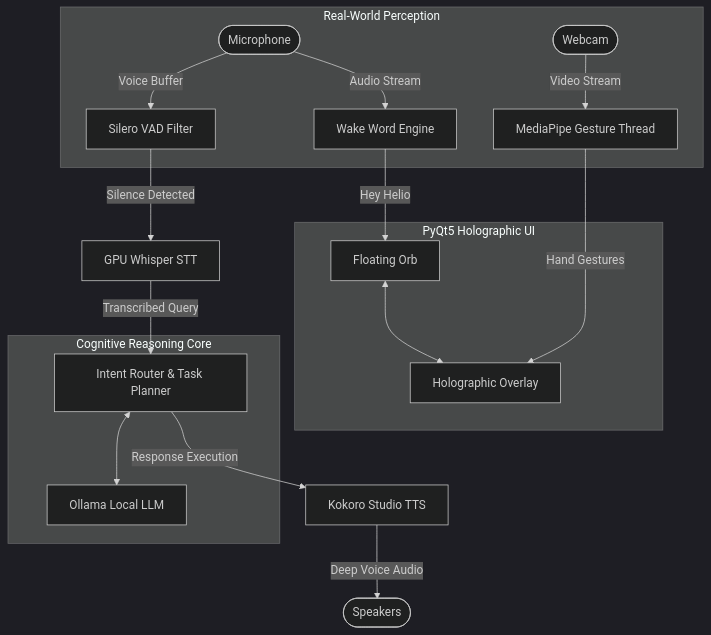
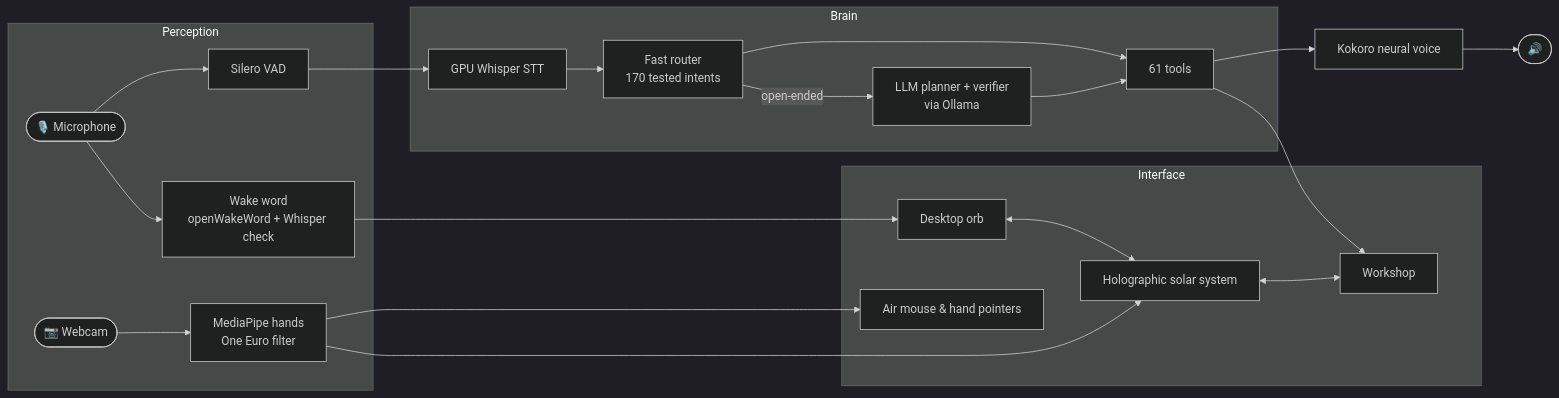
One commit to DeepanBiswas07/Helio changed the diagram in README.md. Above: the diagram before and after it, drawn with Mermaid (dark theme). The commit also changed other lines of this file and 85 other files, not shown here.

First line of the commit message:
Helio: Forge & Workshop, voice rewrite, air mouse, faster rendering, new README

````diff
--- a/README.md
+++ b/README.md
@@ -62,28 +127,28 @@
 ```mermaid
-graph TD
-    %% Input Sources
-    subgraph Perception [Real-World Perception]
-        Mic([Microphone]) --> |Audio Stream| WW[Wake Word Engine]
-        Mic --> |Voice Buffer| VAD[Silero VAD Filter]
-        Cam([Webcam]) --> |Video Stream| GT[MediaPipe Gesture Thread]
+graph LR
+    subgraph Perception
+        Mic([🎙️ Microphone]) --> Wake[Wake word<br/>openWakeWord + Whisper check]
+        Mic --> VAD[Silero VAD]
+        Cam([📷 Webcam]) --> Hands[MediaPipe hands<br/>One Euro filter]
     end
 
-    %% State and Routing
-    subgraph Interface [PyQt5 Holographic UI]
-        Orb[Floating Orb] <--> Space[Holographic Overlay]
+    subgraph Brain
+        STT[GPU Whisper STT] --> Router[Fast router<br/>170 tested intents]
+        Router -->|open-ended| Planner[LLM planner + verifier<br/>via Ollama]
+        Router --> Tools[61 tools]
+        Planner --> Tools
     end
 
-    subgraph Brain [Cognitive Reasoning Core]
-        AG[Intent Router & Task Planner] <--> Ollama[Ollama Local LLM]
+    subgraph Interface
+        Orb[Desktop orb] <--> Space[Holographic solar system]
+        Space <--> Workshop[Workshop]
+        AirMouse[Air mouse & hand pointers]
     end
 
-    %% Trigger workflows
-    WW --> |"Hey Helio"| Orb
-    VAD --> |Silence Detected| STT[GPU Whisper STT]
-    STT --> |Transcribed Query| AG
-    GT --> |Hand Gestures| Space
-    
-    %% Output Synthesis
-    AG --> |Response Execution| TTS[Kokoro Studio TTS]
-    TTS --> |Deep Voice Audio| Speaker([Speakers])
+    Wake --> Orb
+    VAD --> STT
+    Hands --> Space
+    Hands --> AirMouse
+    Tools --> Workshop
+    Tools --> TTS[Kokoro neural voice] --> Speaker([🔊])
 ```
````
